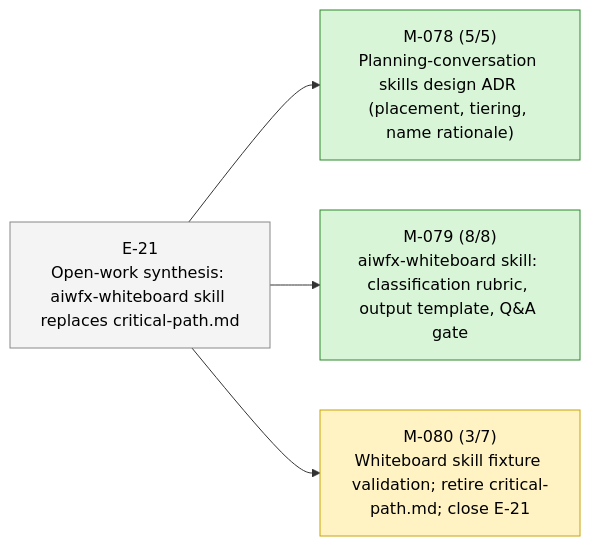
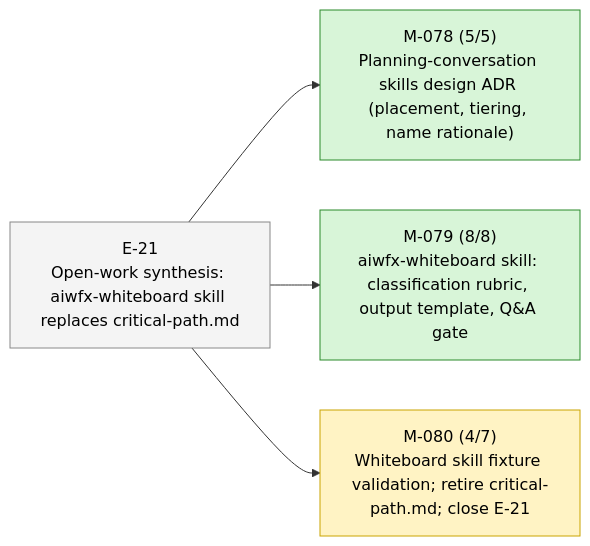
Before and after one commit to 23min/aiwf: the second of 2 diagrams in STATUS.md, drawn with Mermaid. The commit also changed other lines of this file and 1 other file, not shown here.

````diff
--- a/STATUS.md
+++ b/STATUS.md
@@ -47,16 +47,16 @@
 ```mermaid
 flowchart LR
   E_21["E-21<br/>Open-work synthesis: aiwfx-whiteboard skill replaces critical-path.md"]:::epic_proposed
   M_078["M-078 (5/5)<br/>Planning-conversation skills design ADR (placement, tiering, name rationale)"]:::ms_done
   E_21 --> M_078
   M_079["M-079 (8/8)<br/>aiwfx-whiteboard skill: classification rubric, output template, Q&A gate"]:::ms_done
   E_21 --> M_079
-  M_080["M-080 (3/7)<br/>Whiteboard skill fixture validation; retire critical-path.md; close E-21"]:::ms_in_progress
+  M_080["M-080 (4/7)<br/>Whiteboard skill fixture validation; retire critical-path.md; close E-21"]:::ms_in_progress
   E_21 --> M_080
   classDef epic_active fill:#d6eaff,stroke:#1a73e8,color:#000
   classDef epic_proposed fill:#f4f4f4,stroke:#888,color:#000
   classDef ms_done fill:#d8f5d8,stroke:#2a8a2a,color:#000
   classDef ms_in_progress fill:#fff3c4,stroke:#caa400,color:#000
   classDef ms_draft fill:#f4f4f4,stroke:#888,color:#000
   classDef ms_cancelled fill:#fbeaea,stroke:#c33,color:#000
 ```
````
